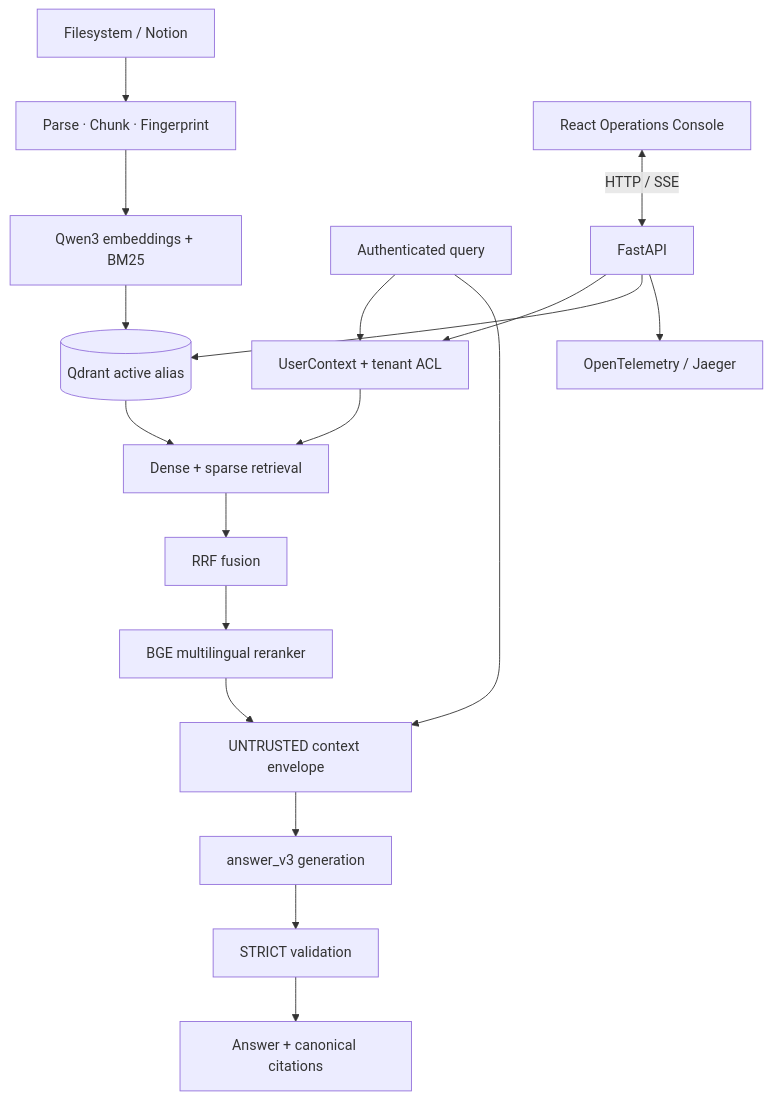
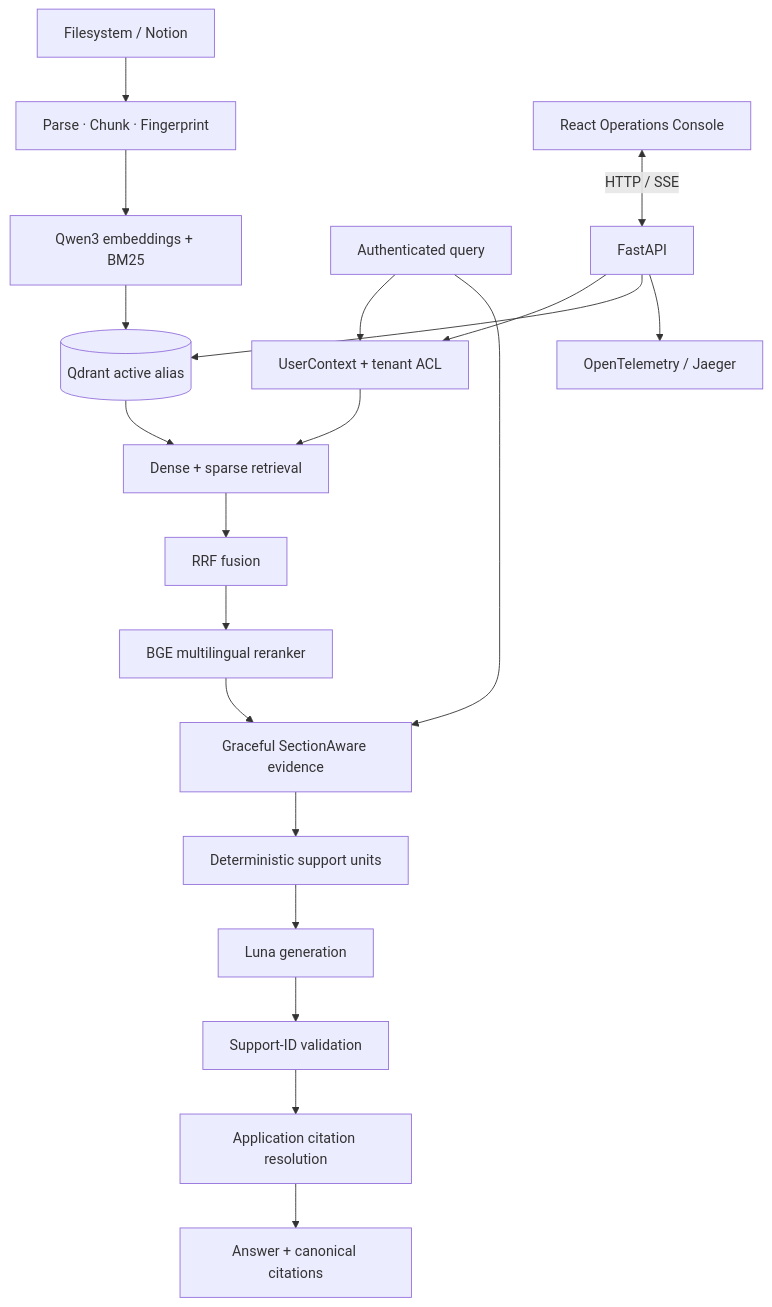
The diagram in README.md (negativexq/knowledge-base-rag), drawn with Mermaid before and after one commit. The commit also changed other lines of this file and 38 other files, not shown here.

Commit message:
refactor: consolidate RAG architecture and remove experiments

````diff
--- a/README.md
+++ b/README.md
@@ -50,22 +50,24 @@
 ```mermaid
 flowchart TD
     Sources[Filesystem / Notion] --> Parse[Parse · Chunk · Fingerprint]
     Parse --> Index[Qwen3 embeddings + BM25]
     Index --> Qdrant[(Qdrant active alias)]
 
     Query[Authenticated query] --> Auth[UserContext + tenant ACL]
     Auth --> Retrieve[Dense + sparse retrieval]
     Qdrant --> Retrieve
     Retrieve --> RRF[RRF fusion]
     RRF --> Rerank[BGE multilingual reranker]
-    Rerank --> Envelope[UNTRUSTED context envelope]
+    Rerank --> Envelope[Graceful SectionAware evidence]
     Query --> Envelope
-    Envelope --> Generate[answer_v3 generation]
-    Generate --> Validate[STRICT validation]
-    Validate --> Answer[Answer + canonical citations]
+    Envelope --> Units[Deterministic support units]
+    Units --> Generate[Luna generation]
+    Generate --> Validate[Support-ID validation]
+    Validate --> Resolve[Application citation resolution]
+    Resolve --> Answer[Answer + canonical citations]
 
     Console[React Operations Console] <-->|HTTP / SSE| API[FastAPI]
     API --> Auth
     API --> Qdrant
     API --> Observe[OpenTelemetry / Jaeger]
 ```
````
